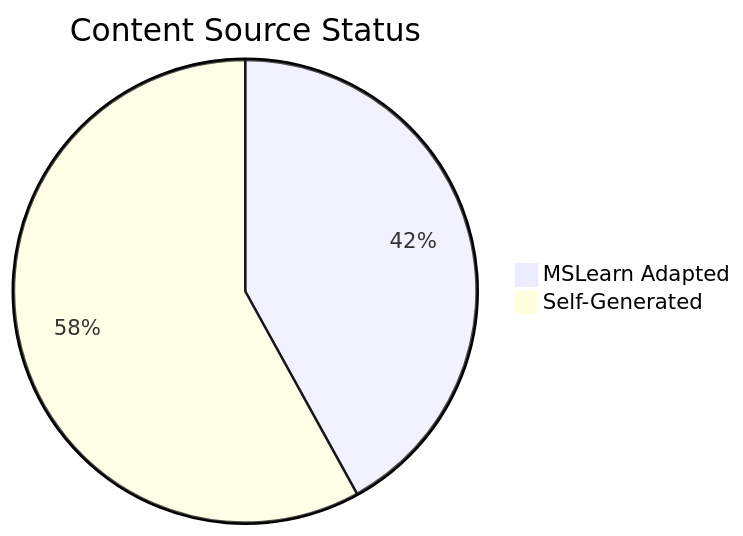
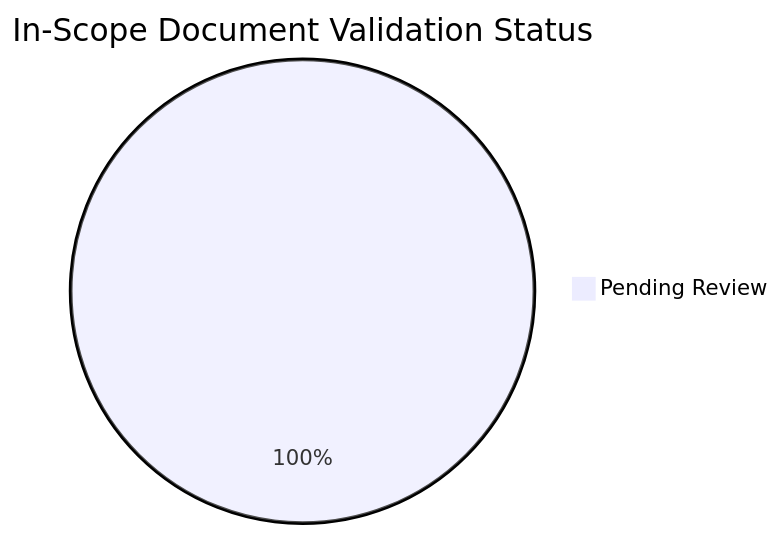
One commit to yeongseon/azure-networking-practical-guide changed the diagram in docs/reference/content-validation-status.md. Above: the diagram before and after it, drawn with Mermaid. The commit also changed other lines of this file and 62 other files, not shown here.

First line of the commit message:
docs: implement content_validation and tutorial validation metadata (#1, #2) (#43)

````diff
--- a/docs/reference/content-validation-status.md
+++ b/docs/reference/content-validation-status.md
@@ -33,5 +23,4 @@
 ```mermaid
-pie title Content Source Status
-    "MSLearn Adapted" : 34
-    "Self-Generated" : 47
+pie title In-Scope Document Validation Status
+    "Pending Review" : 48
 ```
````
